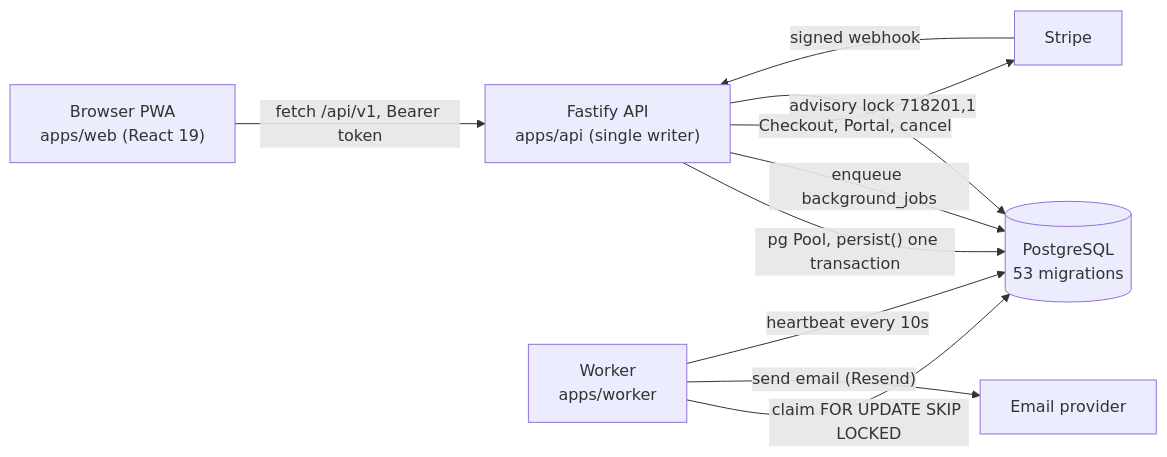
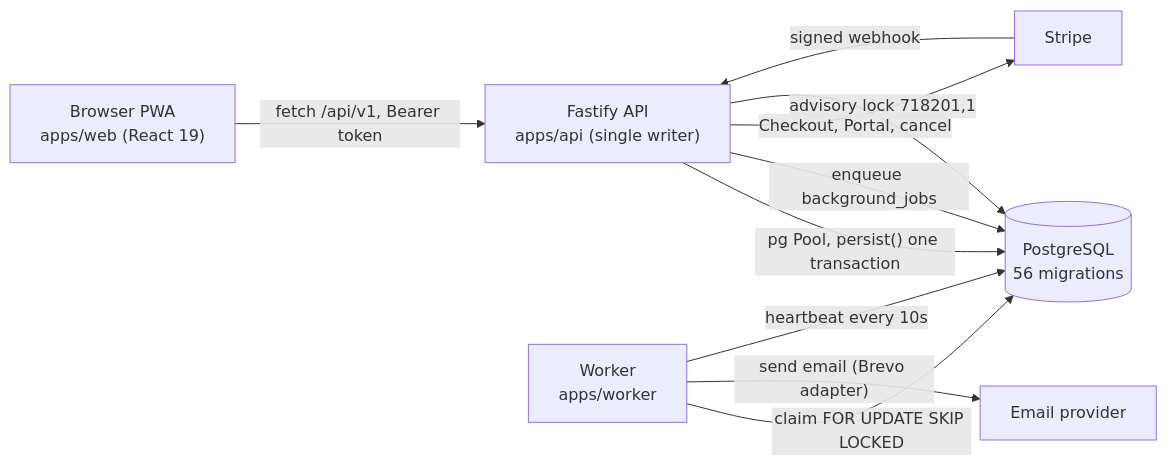
Before and after one commit to yhsomani/talentsphere-complete: the first of 7 diagrams in docs/system-model/02-flows.md, drawn with Mermaid. The commit also changed other lines of this file and 44 other files, not shown here.

First line of the commit message:
docs: dedup scan, doc-to-code sync and mind map refresh

````diff
--- a/docs/system-model/02-flows.md
+++ b/docs/system-model/02-flows.md
@@ -15,12 +15,12 @@
 ```mermaid
 flowchart LR
   Browser["Browser PWA<br/>apps/web (React 19)"] -->|"fetch /api/v1, Bearer token"| API["Fastify API<br/>apps/api (single writer)"]
-  API -->|"pg Pool, persist() one transaction"| PG[("PostgreSQL<br/>53 migrations")]
+  API -->|"pg Pool, persist() one transaction"| PG[("PostgreSQL<br/>56 migrations")]
   API -->|"enqueue background_jobs"| PG
   Worker["Worker<br/>apps/worker"] -->|"claim FOR UPDATE SKIP LOCKED"| PG
-  Worker -->|"send email (Resend)"| Mail["Email provider"]
+  Worker -->|"send email (Brevo adapter)"| Mail["Email provider"]
   API -->|"Checkout, Portal, cancel"| Stripe["Stripe"]
   Stripe -->|"signed webhook"| API
   Worker -->|"heartbeat every 10s"| PG
   API -->|"advisory lock 718201,1"| PG
 ```
````
